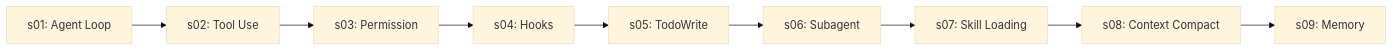
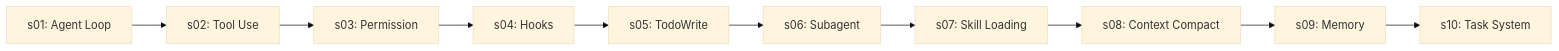
One commit to lyq1119/deepseek-agent-tutorial changed the diagram in README.md. Above: the diagram before and after it, drawn with Mermaid (base theme). The commit also changed other lines of this file and 8 other files, not shown here.

Commit message:
Add DeepSeek s10 task system lesson

````diff
--- a/README.md
+++ b/README.md
@@ -88,11 +89,12 @@
 ```mermaid
 flowchart LR
     S01["s01: Agent Loop"] --> S02["s02: Tool Use"]
     S02 --> S03["s03: Permission"]
     S03 --> S04["s04: Hooks"]
     S04 --> S05["s05: TodoWrite"]
     S05 --> S06["s06: Subagent"]
     S06 --> S07["s07: Skill Loading"]
     S07 --> S08["s08: Context Compact"]
     S08 --> S09["s09: Memory"]
+    S09 --> S10["s10: Task System"]
 ```
````
